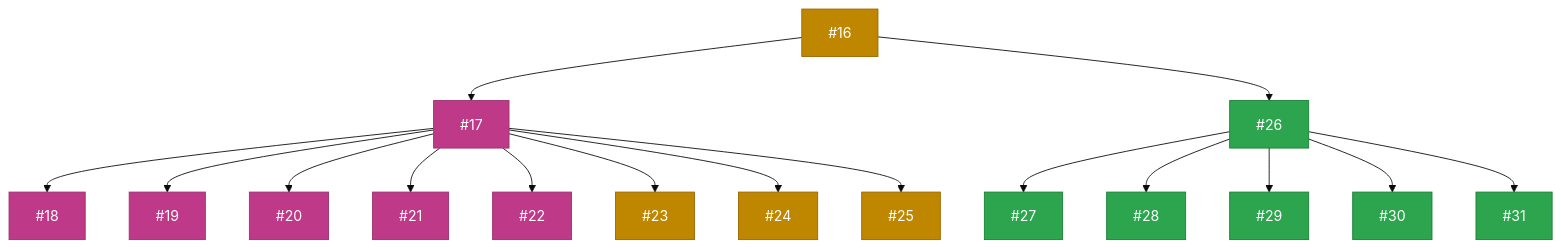
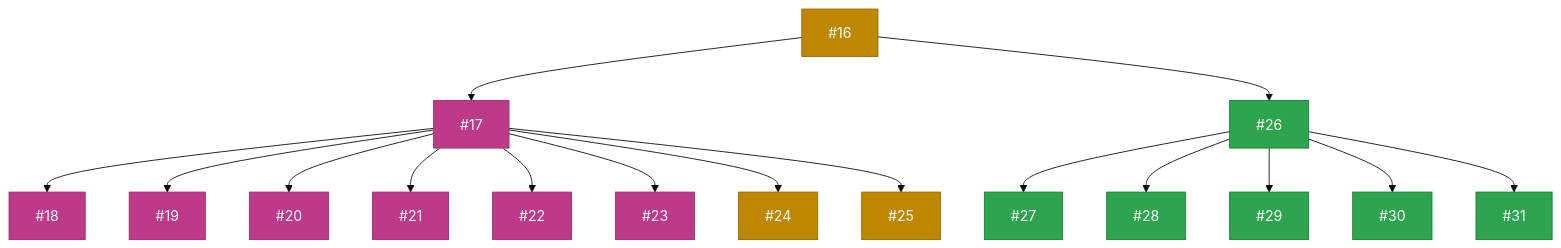
The third of 9 diagrams in README.md (zappfish/zapp-requirements-tracker), drawn with Mermaid (base theme) before and after one commit. The commit also changed other lines of this file, not shown here.

Commit message:
Update WBS diagram colors to match project board statuses (#116)

````diff
--- a/README.md
+++ b/README.md
@@ -133,49 +133,49 @@
 ```mermaid
 graph TD
     R1["#16"]:::inprogress
 
     R1A["#17"]:::stable
     R1B["#26"]:::backlog
     R1 --> R1A & R1B
 
     R1A1["#18"]:::stable
     R1A2["#19"]:::stable
     R1A3["#20"]:::stable
     R1A4["#21"]:::stable
     R1A5["#22"]:::stable
-    R1A6["#23"]:::inprogress
+    R1A6["#23"]:::stable
     R1A7["#24"]:::inprogress
     R1A8["#25"]:::inprogress
     R1A --> R1A1 & R1A2 & R1A3 & R1A4 & R1A5 & R1A6 & R1A7 & R1A8
 
     R1B1["#27"]:::backlog
     R1B2["#28"]:::backlog
     R1B3["#29"]:::backlog
     R1B4["#30"]:::backlog
     R1B5["#31"]:::backlog
     R1B --> R1B1 & R1B2 & R1B3 & R1B4 & R1B5
 
     click R1 href "https://github.com/zappfish/zapp-requirements-tracker/issues/16" _blank
     click R1A href "https://github.com/zappfish/zapp-requirements-tracker/issues/17" _blank
     click R1B href "https://github.com/zappfish/zapp-requirements-tracker/issues/26" _blank
     click R1A1 href "https://github.com/zappfish/zapp-requirements-tracker/issues/18" _blank
     click R1A2 href "https://github.com/zappfish/zapp-requirements-tracker/issues/19" _blank
     click R1A3 href "https://github.com/zappfish/zapp-requirements-tracker/issues/20" _blank
     click R1A4 href "https://github.com/zappfish/zapp-requirements-tracker/issues/21" _blank
     click R1A5 href "https://github.com/zappfish/zapp-requirements-tracker/issues/22" _blank
     click R1A6 href "https://github.com/zappfish/zapp-requirements-tracker/issues/23" _blank
     click R1A7 href "https://github.com/zappfish/zapp-requirements-tracker/issues/24" _blank
     click R1A8 href "https://github.com/zappfish/zapp-requirements-tracker/issues/25" _blank
     click R1B1 href "https://github.com/zappfish/zapp-requirements-tracker/issues/27" _blank
     click R1B2 href "https://github.com/zappfish/zapp-requirements-tracker/issues/28" _blank
     click R1B3 href "https://github.com/zappfish/zapp-requirements-tracker/issues/29" _blank
     click R1B4 href "https://github.com/zappfish/zapp-requirements-tracker/issues/30" _blank
     click R1B5 href "https://github.com/zappfish/zapp-requirements-tracker/issues/31" _blank
 
     classDef backlog fill:#2da44e,stroke:#1a7f37,color:#fff
     classDef upnext fill:#0969da,stroke:#0550ae,color:#fff
     classDef inprogress fill:#bf8700,stroke:#9a6700,color:#fff
     classDef inreview fill:#8250df,stroke:#6639ba,color:#fff
     classDef stable fill:#bf3989,stroke:#99306f,color:#fff
     classDef done fill:#bc4c00,stroke:#953800,color:#fff
 ```
````
